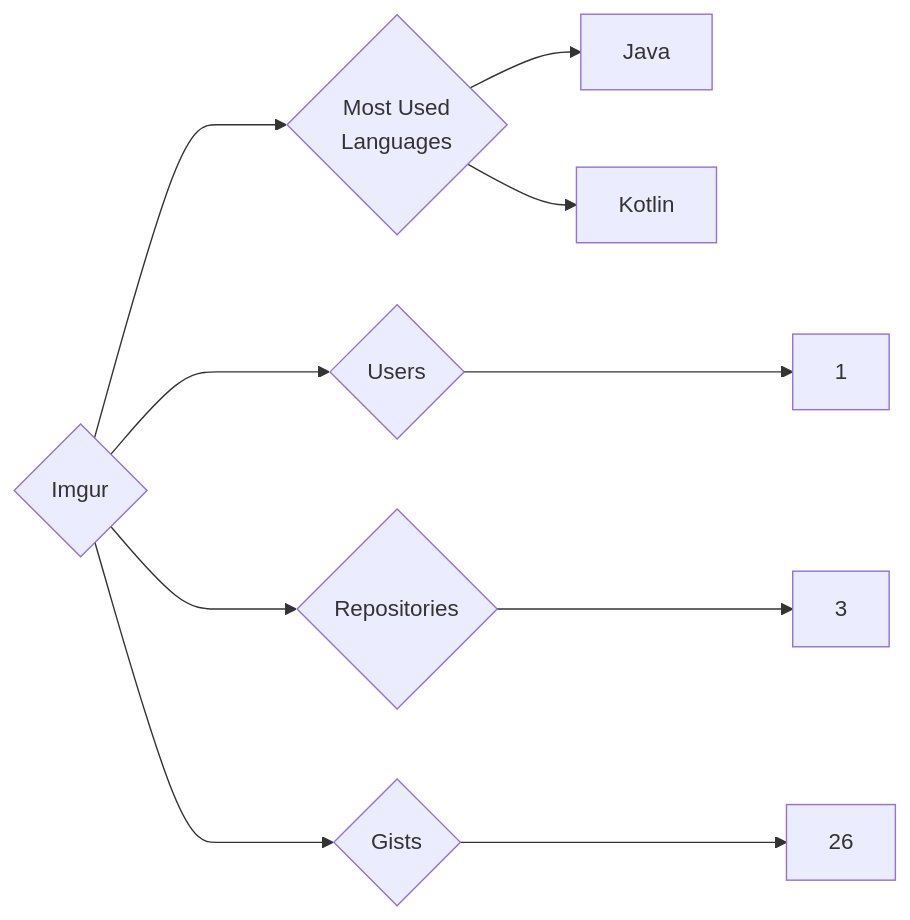
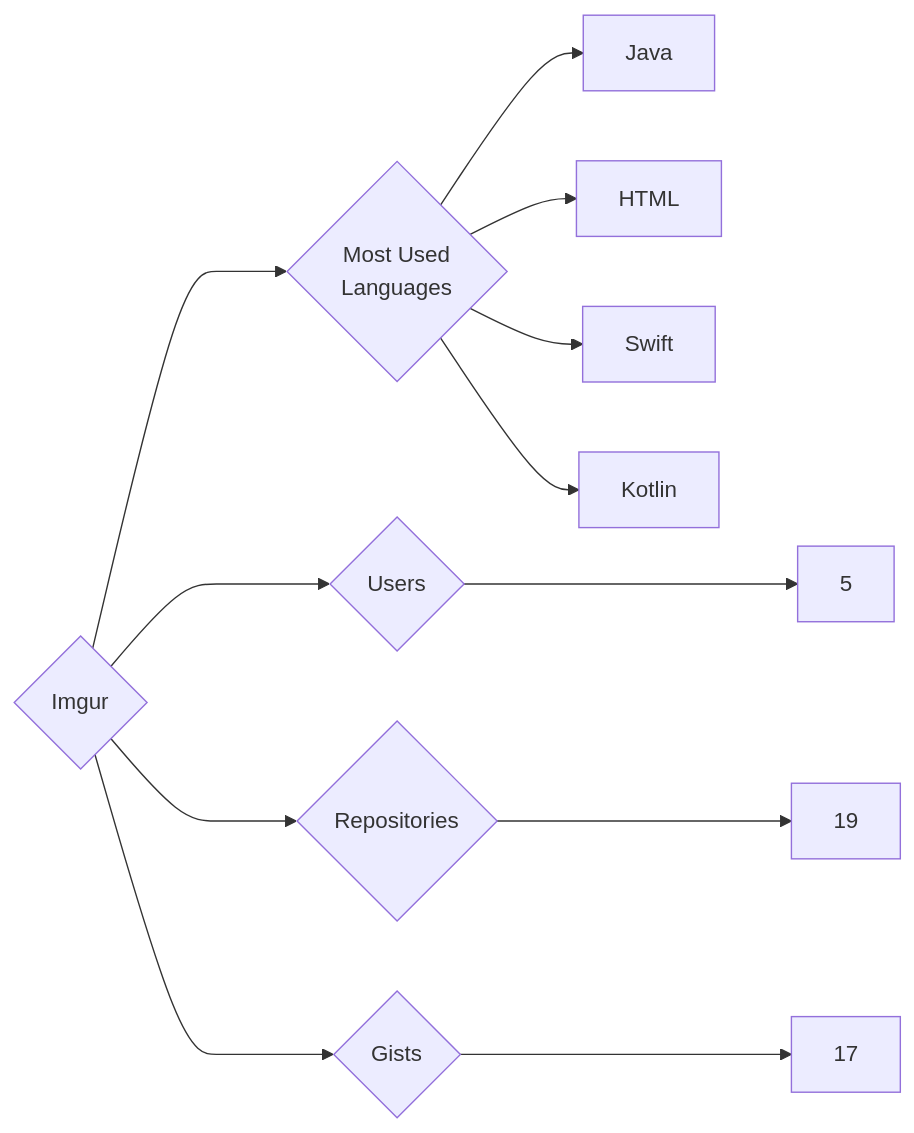
The diagram in targets/Imgur/README.md (trickest/insiders), drawn with Mermaid before and after one commit. The commit also changed 814 other files, not shown here.

````diff
--- a/targets/Imgur/README.md
+++ b/targets/Imgur/README.md
@@ -3,10 +3,12 @@
 ```mermaid
 graph LR
 COMPANY_NAME{Imgur}
-COMPANY_NAME ---> U{Users} ---> UN[1]
-COMPANY_NAME ---> R{Repositories} ---> RN[3]
-COMPANY_NAME ---> G{Gists} ---> GN[26]
+COMPANY_NAME ---> U{Users} ---> UN[5]
+COMPANY_NAME ---> R{Repositories} ---> RN[19]
+COMPANY_NAME ---> G{Gists} ---> GN[17]
 COMPANY_NAME ---> ML{Most Used<br>Languages}
 ML --> Java[Java]
+ML --> HTML[HTML]
+ML --> Swift[Swift]
 ML --> Kotlin[Kotlin]
 ```
````
